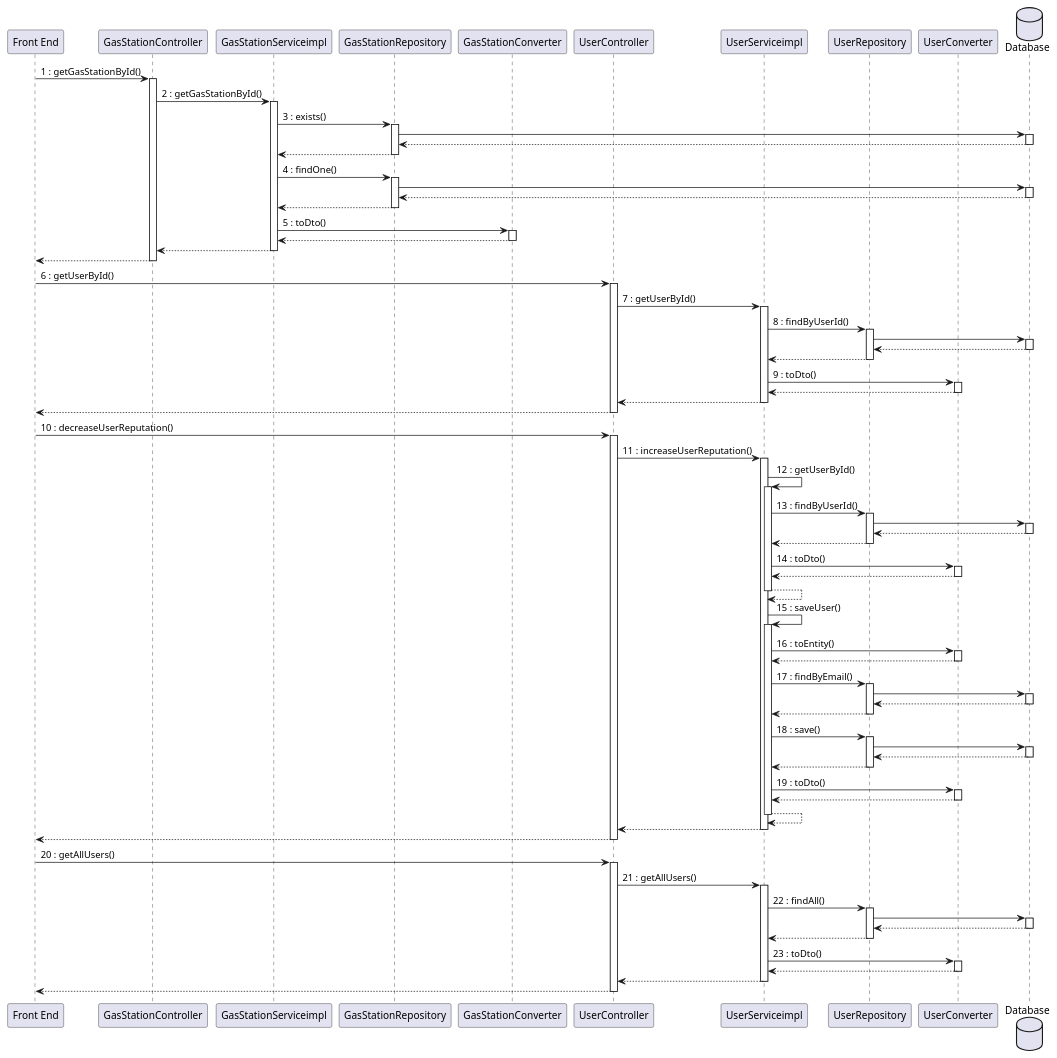
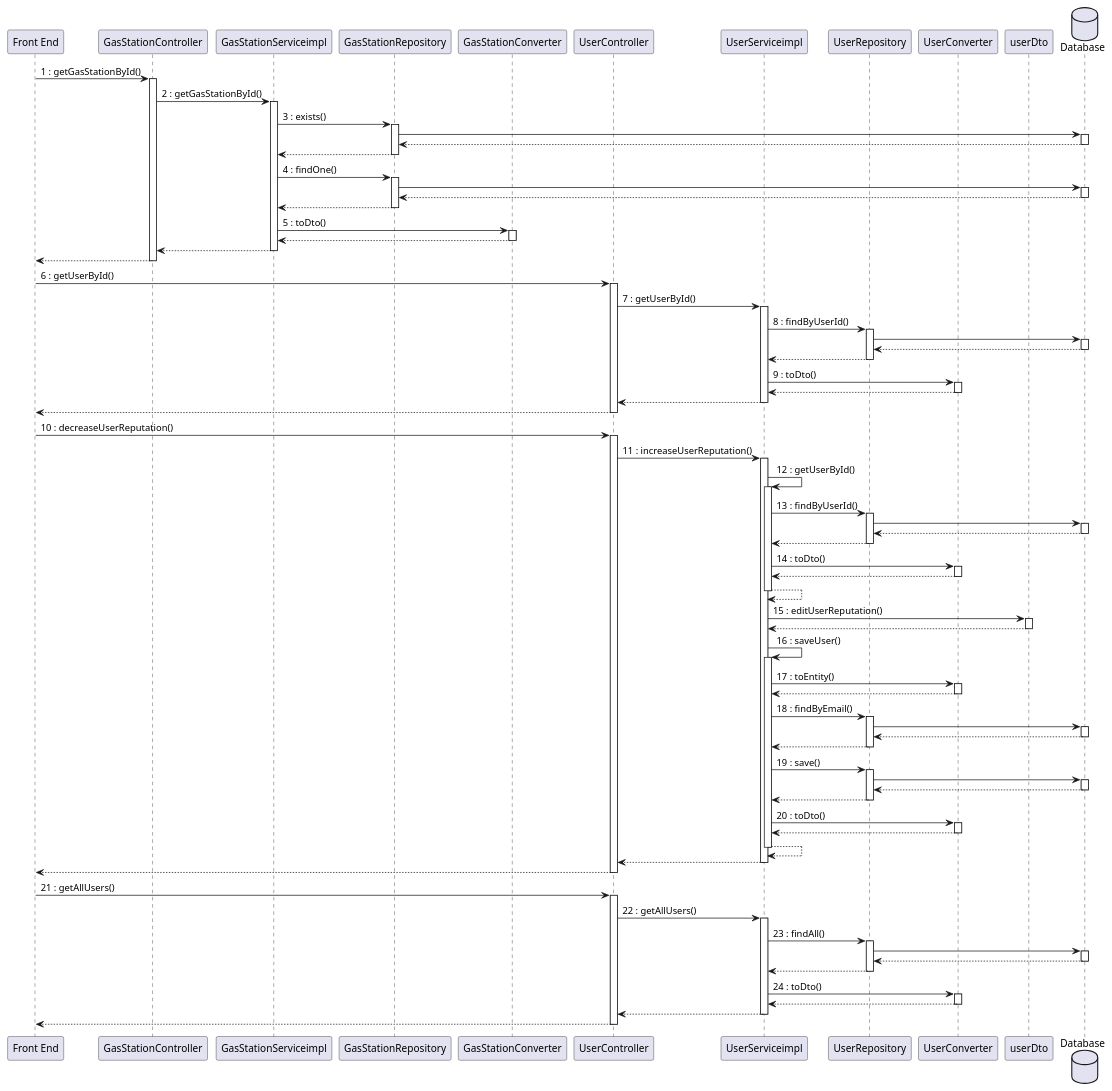
One commit to mosTavassoli/ezgas changed diagram 15 of 15 in docs/DesignDocument.md. Above: the diagram before and after it, drawn with PlantUML.

Commit message:
docs(DesignDocument): fix sequence diagram use case 10.2

```diff
--- a/docs/DesignDocument.md
+++ b/docs/DesignDocument.md
@@ -1081,24 +1081,28 @@
 return
 return
 
-UserServiceimpl -> UserServiceimpl:15 : saveUser()
+UserServiceimpl -> userDto:15 : editUserReputation()
+activate userDto
+return
+
+UserServiceimpl -> UserServiceimpl:16 : saveUser()
 activate UserServiceimpl
-UserServiceimpl -> UserConverter:16 : toEntity()
+UserServiceimpl -> UserConverter:17 : toEntity()
 activate UserConverter
 return
-UserServiceimpl -> UserRepository:17 : findByEmail()
+UserServiceimpl -> UserRepository:18 : findByEmail()
 activate UserRepository
 UserRepository -> Database:
 activate Database
 return
 return
-UserServiceimpl -> UserRepository:18 : save()
+UserServiceimpl -> UserRepository:19 : save()
 activate UserRepository
 UserRepository -> Database
 activate Database
 return
 return
-UserServiceimpl -> UserConverter:19 : toDto()
+UserServiceimpl -> UserConverter:20 : toDto()
 activate UserConverter
 return
 return
@@ -1106,17 +1110,17 @@
 return
 return
 
-"Front End" -> UserController:20 : getAllUsers()
+"Front End" -> UserController:21 : getAllUsers()
 activate UserController
-UserController -> UserServiceimpl:21 : getAllUsers()
+UserController -> UserServiceimpl:22 : getAllUsers()
 activate UserServiceimpl
-UserServiceimpl -> UserRepository:22 : findAll()
+UserServiceimpl -> UserRepository:23 : findAll()
 activate UserRepository
 UserRepository -> Database
 activate Database
 return
 return
-UserServiceimpl -> UserConverter:23 : toDto()
+UserServiceimpl -> UserConverter:24 : toDto()
 activate UserConverter
 return
 return
```
